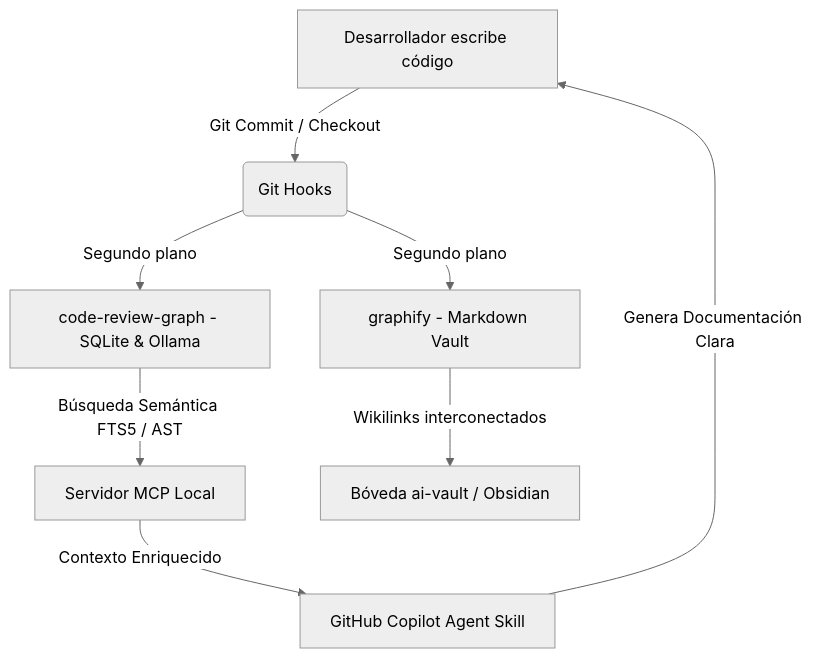
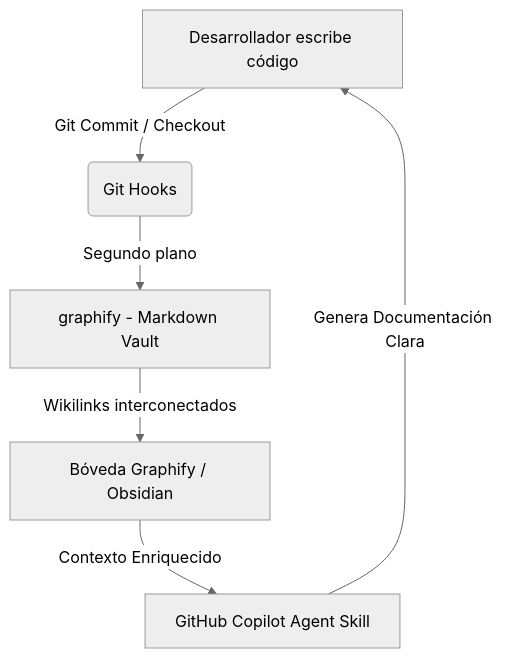
Before and after one commit to lgcorzo/Documentation_agent: the diagram in README.md, drawn with Mermaid (neutral theme). The commit also changed other lines of this file and 20 other files, not shown here.

Commit message:
refactor: eliminate code-review-graph (CRG) and Ollama dependencies

````diff
--- a/README.md
+++ b/README.md
@@ -11,10 +11,8 @@
 ```mermaid
 graph TD
     A[Desarrollador escribe código] -->|Git Commit / Checkout| B(Git Hooks)
-    B -->|Segundo plano| C[code-review-graph - SQLite & Ollama]
     B -->|Segundo plano| D[graphify - Markdown Vault]
-    C -->|Búsqueda Semántica FTS5 / AST| E[Servidor MCP Local]
-    D -->|Wikilinks interconectados| F[Bóveda ai-vault / Obsidian]
-    E -->|Contexto Enriquecido| G[GitHub Copilot Agent Skill]
+    D -->|Wikilinks interconectados| F[Bóveda Graphify / Obsidian]
+    F -->|Contexto Enriquecido| G[GitHub Copilot Agent Skill]
     G -->|Genera Documentación Clara| A
 ```
````
